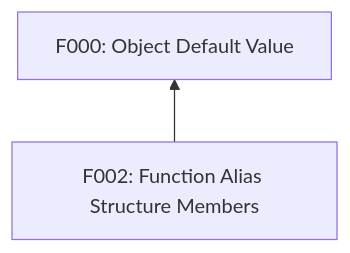
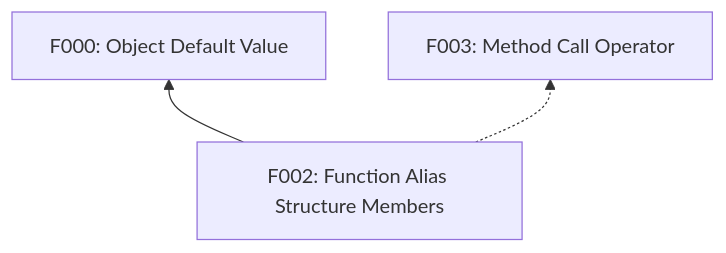
Before and after one commit to cx-prog-lang/.github: the diagram in features/switch_in_struct.md, drawn with Mermaid. The commit also changed other lines of this file, not shown here.

````diff
--- a/features/switch_in_struct.md
+++ b/features/switch_in_struct.md
@@ -178,6 +178,8 @@
 ```mermaid
 graph BT;
   f002["F002: Function Alias Structure Members"]
   f000["F000: Object Default Value"]
+  f003["F003: Method Call Operator"]
   f002 --> f000
+  f002 -.-> f003
 ```
````
